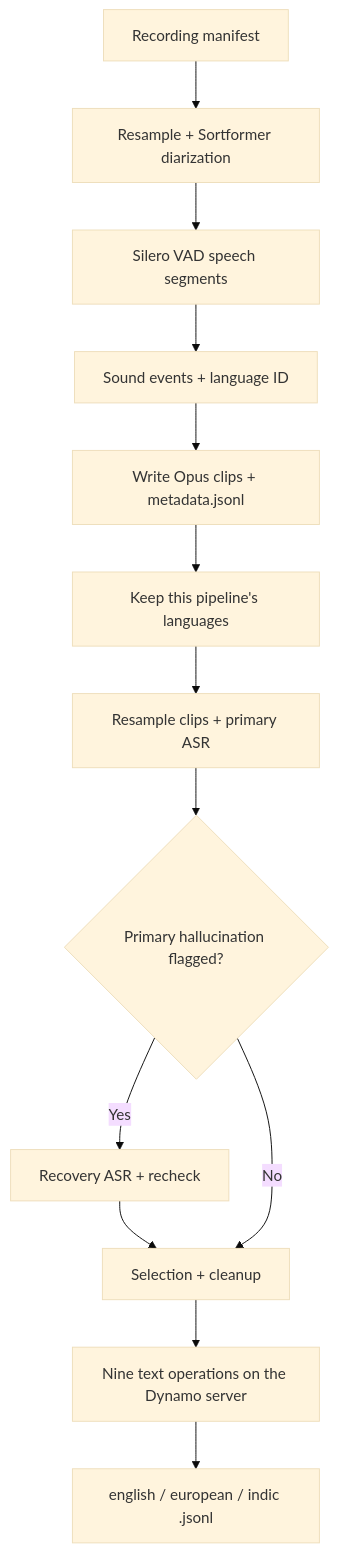
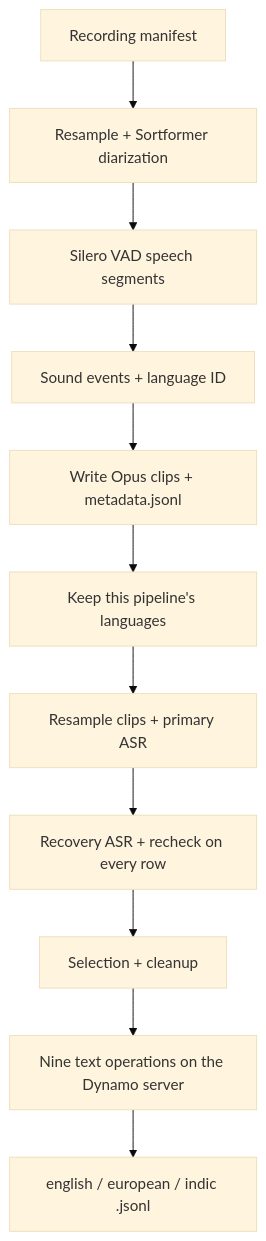
One commit to NVIDIA-NeMo/Curator changed the diagram in tutorials/audio/granary_v2/full_pipeline/README.md. Above: the diagram before and after it, drawn with Mermaid (base theme). The commit also changed 3 other files, not shown here.

````diff
--- a/tutorials/audio/granary_v2/full_pipeline/README.md
+++ b/tutorials/audio/granary_v2/full_pipeline/README.md
@@ -17,15 +17,13 @@
 ```mermaid
 flowchart TD
     A[Recording manifest] --> B[Resample + Sortformer diarization]
     B --> C[Silero VAD speech segments]
     C --> D[Sound events + language ID]
     D --> E[Write Opus clips + metadata.jsonl]
     E --> F[Keep this pipeline's languages]
     F --> G[Resample clips + primary ASR]
-    G --> R{Primary hallucination flagged?}
-    R -->|Yes| S[Recovery ASR + recheck]
-    S --> H[Selection + cleanup]
-    R -->|No| H
+    G --> R[Recovery ASR + recheck on every row]
+    R --> H[Selection + cleanup]
     H --> I[Nine text operations on the Dynamo server]
     I --> L[english / european / indic .jsonl]
 ```
````
